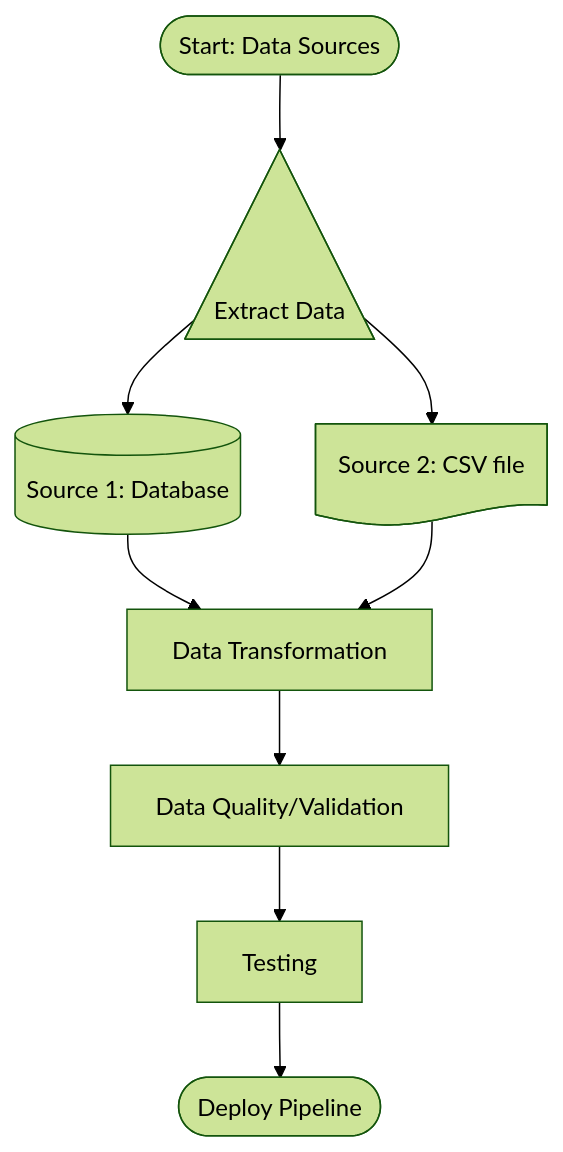
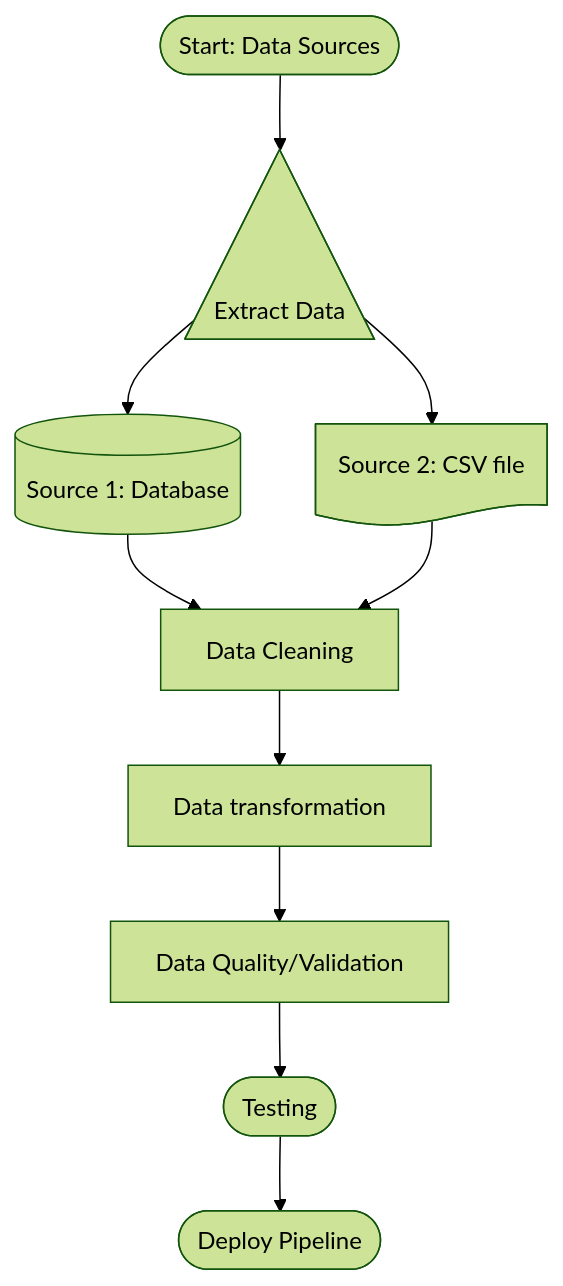
Before and after one commit to tungstennn/etl-example: the first of 4 diagrams in walkthough-activities/activity-2.md, drawn with Mermaid (forest theme).

````diff
--- a/walkthough-activities/activity-2.md
+++ b/walkthough-activities/activity-2.md
@@ -11,13 +11,14 @@
 ```mermaid
 flowchart TD
     A@{ shape: stadium, label: "Start: Data Sources"} --> B@{ shape: tri, label: "Extract Data"}
     B --> C1@{ shape: cyl, label: "Source 1: Database"}
     B --> C2@{shape: doc, label: "Source 2: CSV file"}
     C1 --> D[Data Cleaning]
-    C2 --> D[Data Transformation]
-    D --> E[Data Quality/Validation]
-    E --> F[Testing]
-    F --> G([Deploy Pipeline])
+    C2 --> D[Data Cleaning]
+    D --> E[Data transformation]
+    E --> F[Data Quality/Validation]
+    F --> G([Testing])
+    G --> H([Deploy Pipeline])
     
 
 ```
````
